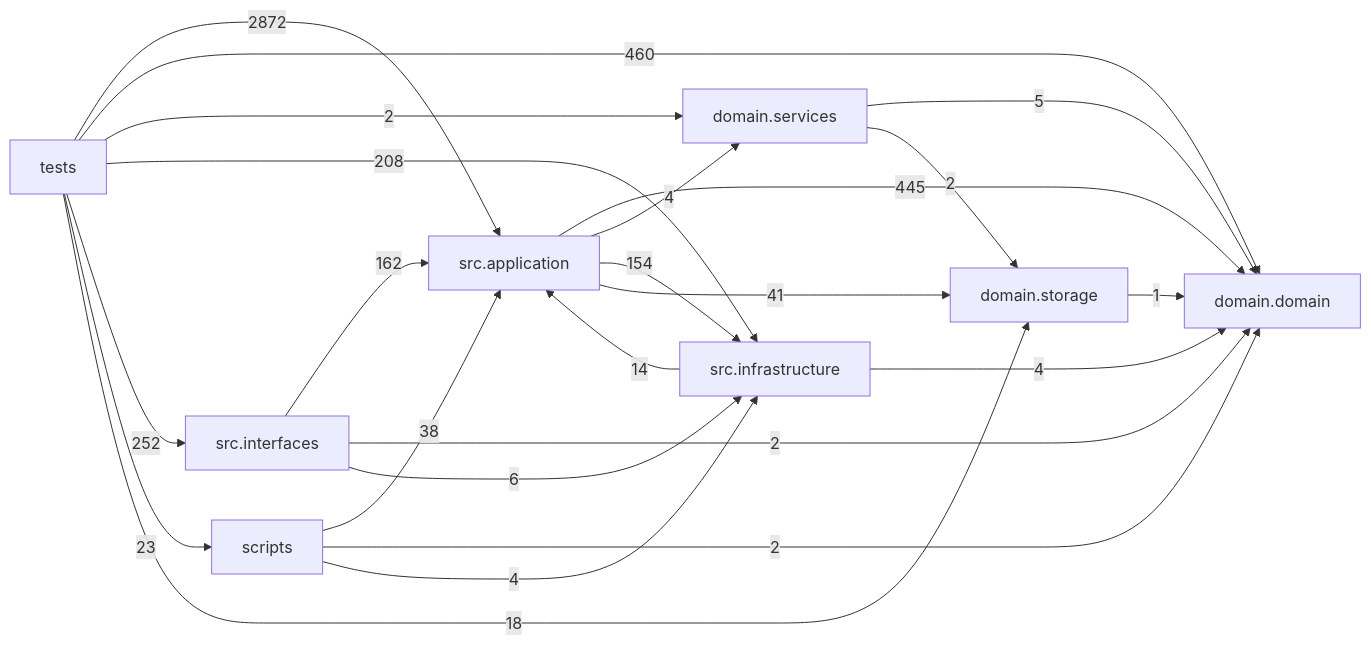
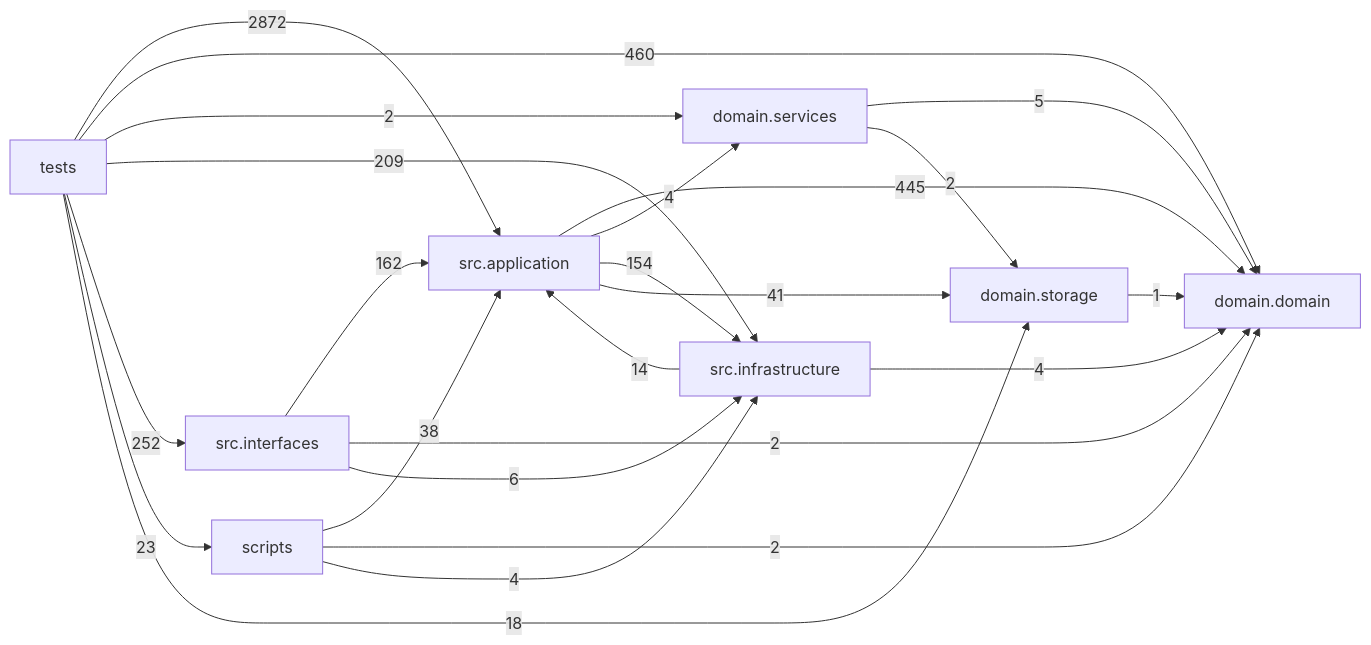
The diagram in docs/DEPENDENCY_GRAPH.md (liuxie066/options-monitor), drawn with Mermaid before and after one commit. The commit also changed other lines of this file and 6 other files, not shown here.

````diff
--- a/docs/DEPENDENCY_GRAPH.md
+++ b/docs/DEPENDENCY_GRAPH.md
@@ -24,33 +24,33 @@
 ```mermaid
 flowchart LR
   tests["tests"]
   scripts["scripts"]
   interfaces["src.interfaces"]
   application["src.application"]
   infrastructure["src.infrastructure"]
   domain_services["domain.services"]
   domain["domain.domain"]
   storage["domain.storage"]
   application -->|445| domain
   application -->|4| domain_services
   application -->|154| infrastructure
   application -->|41| storage
   domain_services -->|5| domain
   domain_services -->|2| storage
   infrastructure -->|14| application
   infrastructure -->|4| domain
   interfaces -->|162| application
   interfaces -->|2| domain
   interfaces -->|6| infrastructure
   scripts -->|38| application
   scripts -->|2| domain
   scripts -->|4| infrastructure
   storage -->|1| domain
   tests -->|2872| application
   tests -->|460| domain
   tests -->|2| domain_services
-  tests -->|208| infrastructure
+  tests -->|209| infrastructure
   tests -->|252| interfaces
   tests -->|23| scripts
   tests -->|18| storage
 ```
````
